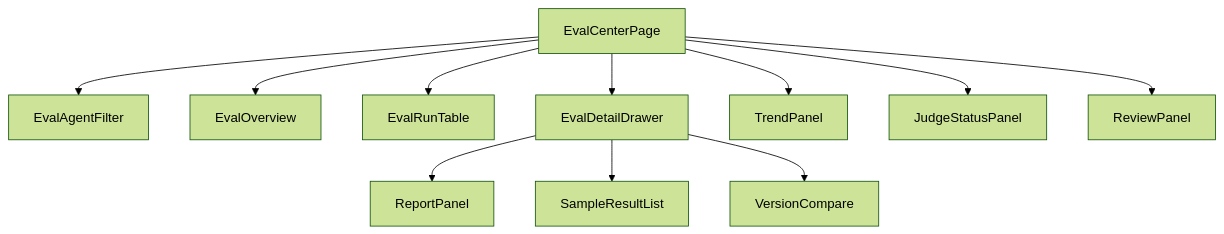
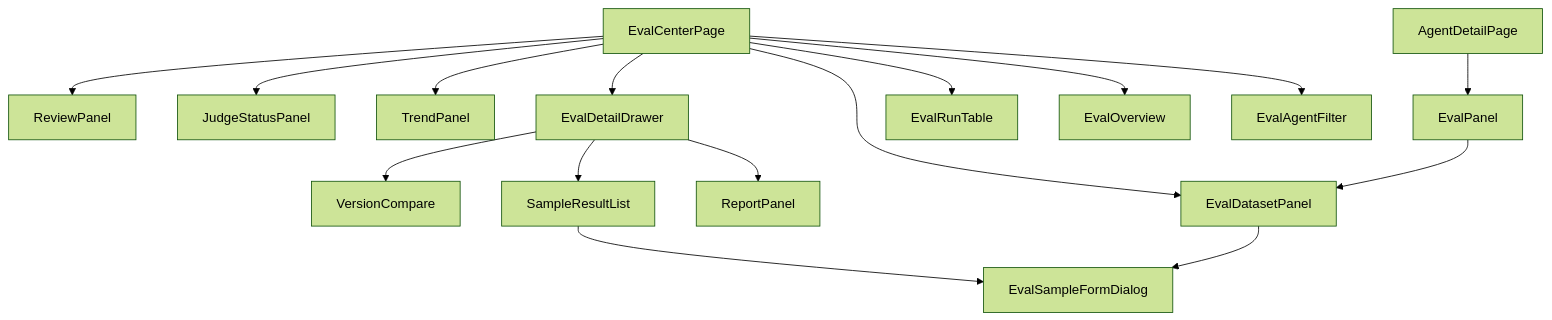
Before and after one commit to earthy-zinc/dehaze-system: the diagram in dehaze-doc/docs/03-模块设计/核心模块/AI对话/Agent评测/前端实现.md, drawn with Mermaid (forest theme). The commit also changed other lines of this file and 2348 other files, not shown here.

````diff
--- a/dehaze-doc/docs/03-模块设计/核心模块/AI对话/Agent评测/前端实现.md
+++ b/dehaze-doc/docs/03-模块设计/核心模块/AI对话/Agent评测/前端实现.md
@@ -36,13 +36,18 @@
 ```mermaid
 flowchart TD
     EvalCenterPage --> EvalAgentFilter
     EvalCenterPage --> EvalOverview
     EvalCenterPage --> EvalRunTable
+    EvalCenterPage --> EvalDatasetPanel
     EvalCenterPage --> EvalDetailDrawer
     EvalCenterPage --> TrendPanel
     EvalCenterPage --> JudgeStatusPanel
     EvalCenterPage --> ReviewPanel
+    AgentDetailPage --> EvalPanel
+    EvalPanel --> EvalDatasetPanel
+    EvalDatasetPanel --> EvalSampleFormDialog
     EvalDetailDrawer --> ReportPanel
     EvalDetailDrawer --> SampleResultList
     EvalDetailDrawer --> VersionCompare
+    SampleResultList --> EvalSampleFormDialog
 ```
````
